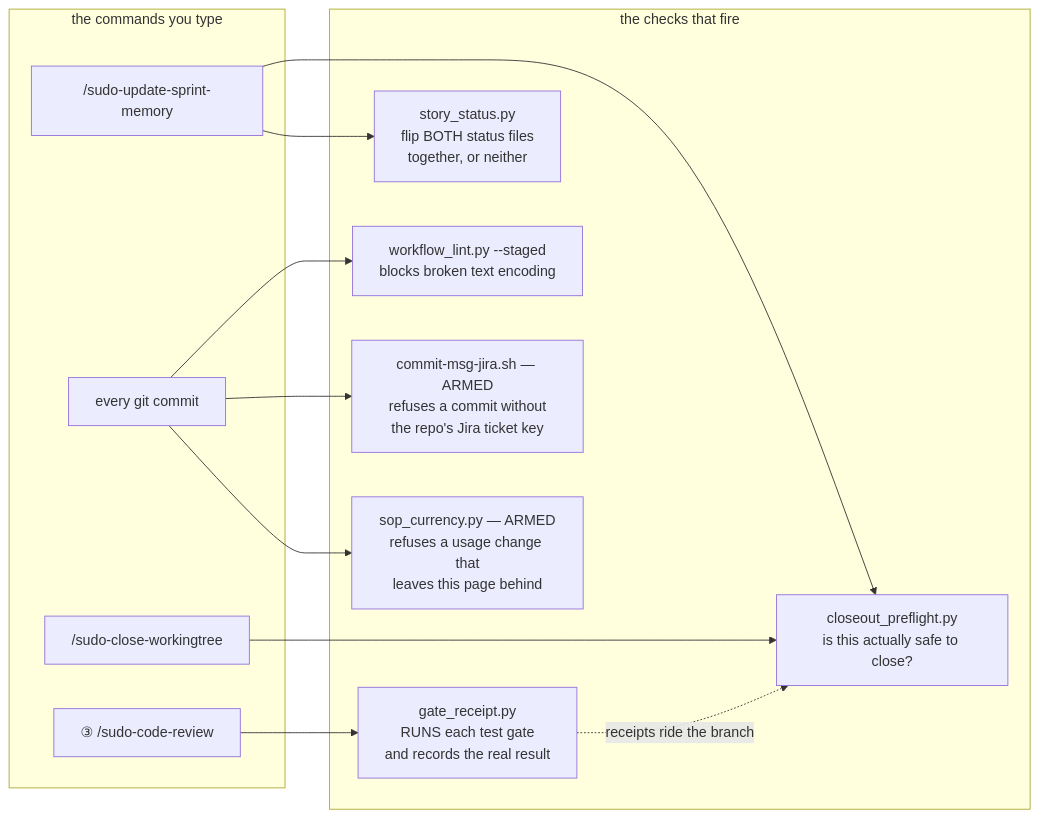
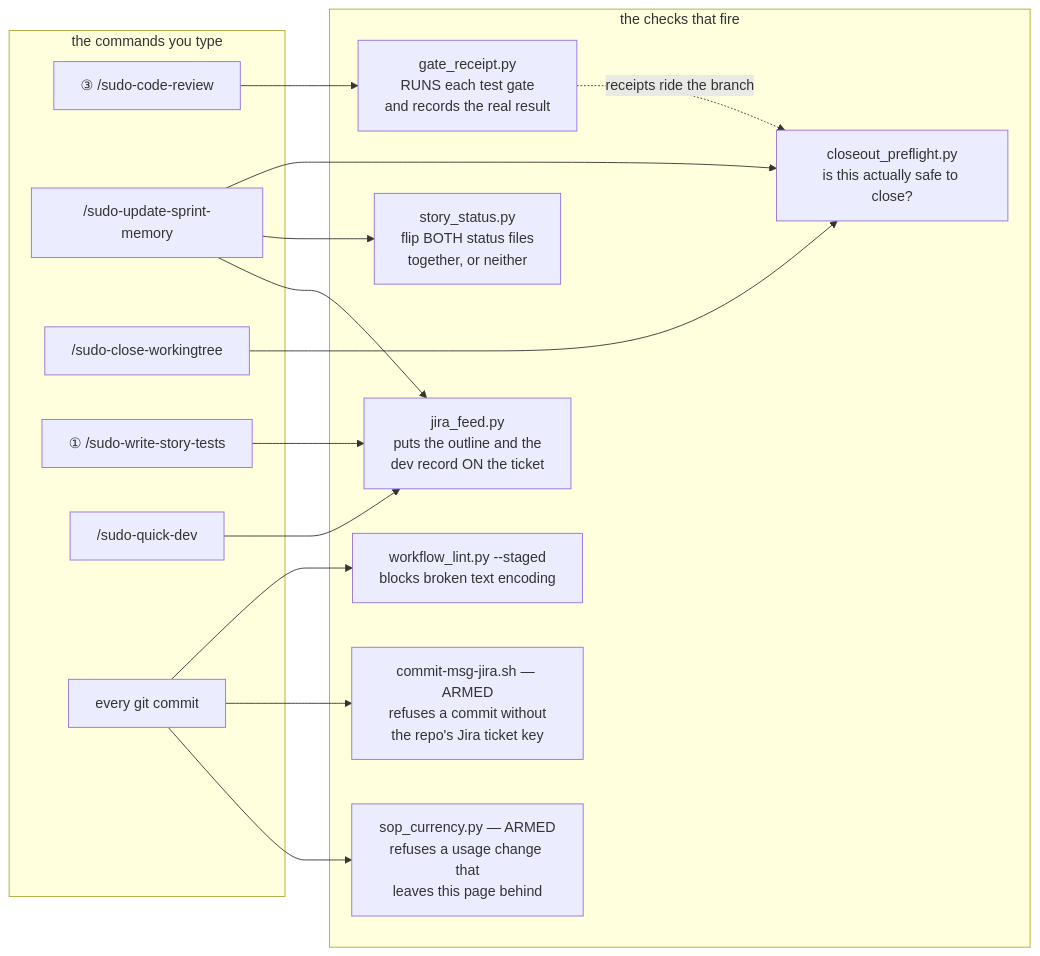
One commit to sudomadhatter/Sudo_Hatter_Command changed the third of 8 diagrams in _my_resources/_quick_reference/sudo_workflows_testing.md. Above: the diagram before and after it, drawn with Mermaid. The commit also changed other lines of this file and 19 other files, not shown here.

First line of the commit message:
SCC-49 feat(jira): put the story outline and the dev record ON the ticket

````diff
--- a/_my_resources/_quick_reference/sudo_workflows_testing.md
+++ b/_my_resources/_quick_reference/sudo_workflows_testing.md
@@ -249,25 +249,31 @@
 ```mermaid
 flowchart LR
     subgraph CMD ["the commands you type"]
         R["③ /sudo-code-review"]
         M["/sudo-update-sprint-memory"]
         W["/sudo-close-workingtree"]
+        S["① /sudo-write-story-tests"]
+        Q["/sudo-quick-dev"]
         G["every git commit"]
     end
     subgraph CHK ["the checks that fire"]
         GR["gate_receipt.py\nRUNS each test gate\nand records the real result"]
         CP["closeout_preflight.py\nis this actually safe to close?"]
         SS["story_status.py\nflip BOTH status files\ntogether, or neither"]
         WL["workflow_lint.py --staged\nblocks broken text encoding"]
         JH["commit-msg-jira.sh — ARMED\nrefuses a commit without\nthe repo's Jira ticket key"]
         SC["sop_currency.py — ARMED\nrefuses a usage change that\nleaves this page behind"]
+        JF["jira_feed.py\nputs the outline and the\ndev record ON the ticket"]
     end
     R --> GR
     M --> CP
     M --> SS
+    M --> JF
+    S --> JF
+    Q --> JF
     W --> CP
     G --> WL
     G --> JH
     G --> SC
     GR -.->|"receipts ride the branch"| CP
 ```
````
